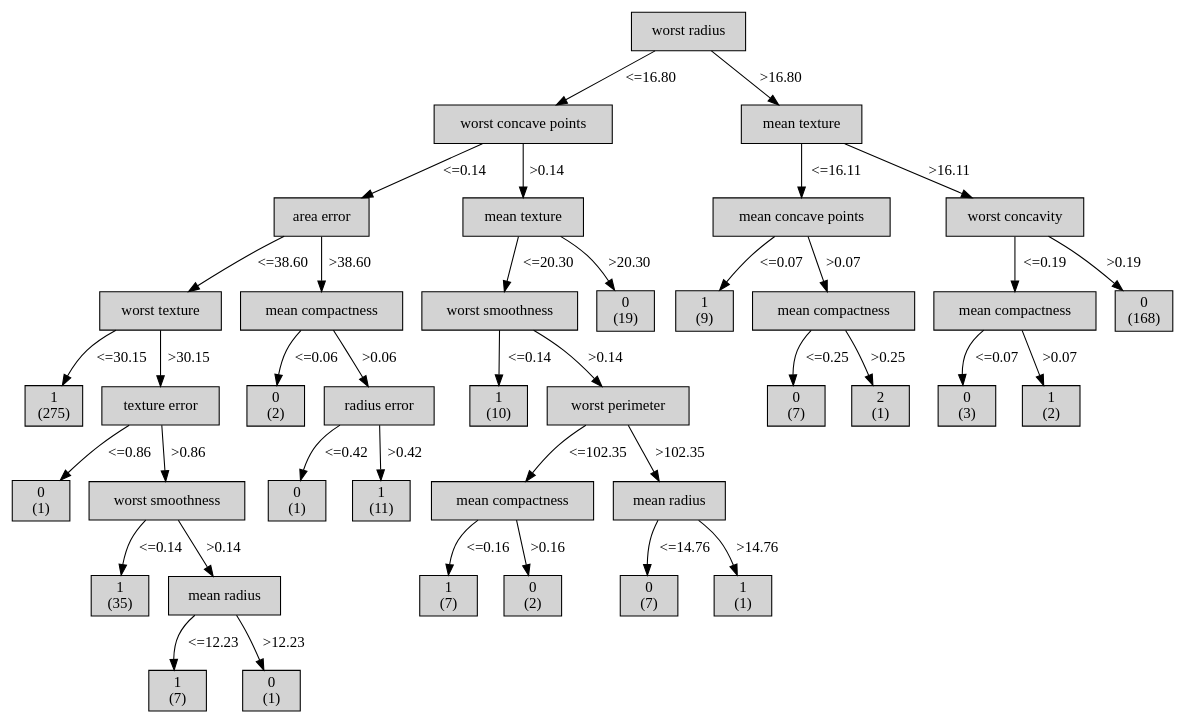
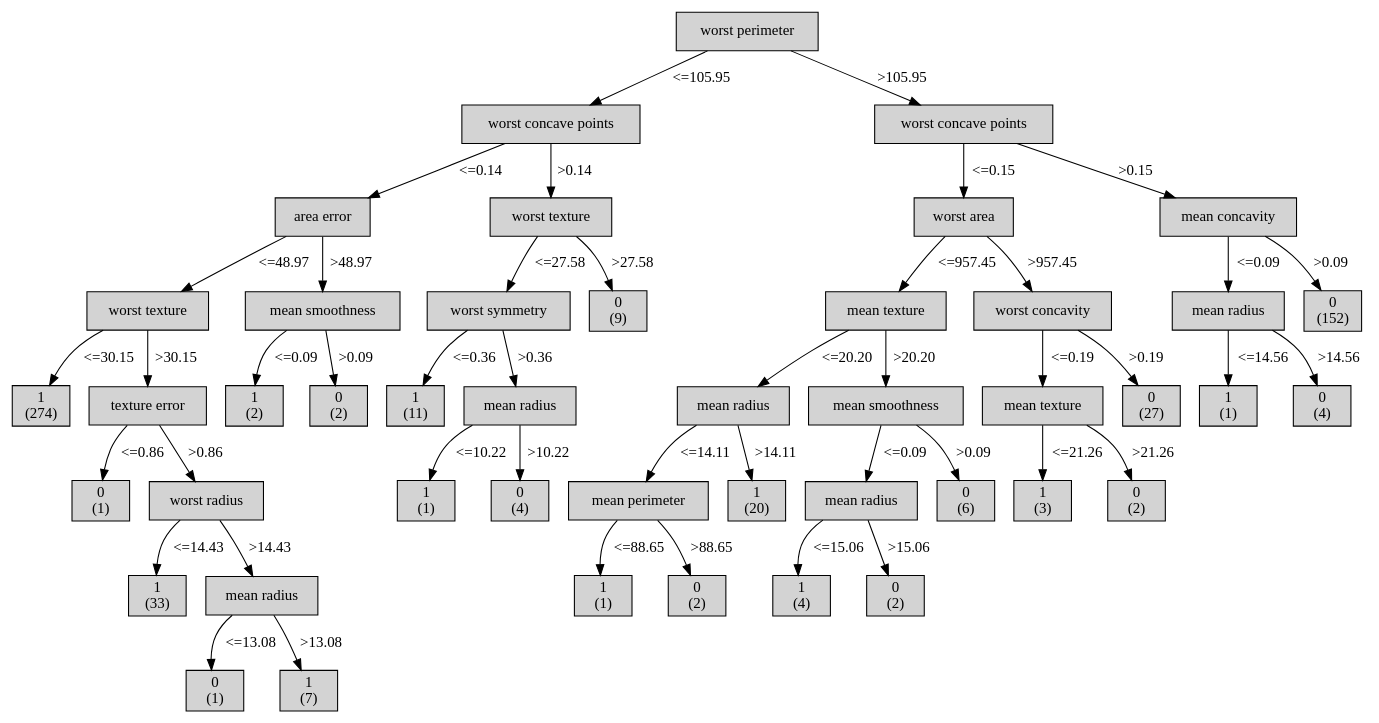
The diagram in tree.dot (CassianoSF/tae_ia2), drawn with Graphviz before and after one commit. The commit also changed 1 other file, not shown here.

```diff
--- a/tree.dot
+++ b/tree.dot
@@ -1,146 +1,167 @@
 digraph ID3_Tree {
-"0" [shape=box, style=filled, label="worst radius
+"0" [shape=box, style=filled, label="worst perimeter
 ", weight=1]
 "1" [shape=box, style=filled, label="worst concave points
 ", weight=2]
-0 -> 1 [ label = "<=16.80"];
+0 -> 1 [ label = "<=105.95"];
 "2" [shape=box, style=filled, label="area error
 ", weight=3]
 1 -> 2 [ label = "<=0.14"];
 "3" [shape=box, style=filled, label="worst texture
 ", weight=4]
-2 -> 3 [ label = "<=38.60"];
+2 -> 3 [ label = "<=48.97"];
 "4" [shape=box, style=filled, label="1
-(275)
+(274)
 ", weight=5]
 3 -> 4 [ label = "<=30.15"];
 "5" [shape=box, style=filled, label="texture error
 ", weight=5]
 3 -> 5 [ label = ">30.15"];
 "6" [shape=box, style=filled, label="0
 (1)
 ", weight=6]
 5 -> 6 [ label = "<=0.86"];
-"7" [shape=box, style=filled, label="worst smoothness
+"7" [shape=box, style=filled, label="worst radius
 ", weight=6]
 5 -> 7 [ label = ">0.86"];
 "8" [shape=box, style=filled, label="1
-(35)
+(33)
 ", weight=7]
-7 -> 8 [ label = "<=0.14"];
+7 -> 8 [ label = "<=14.43"];
 "9" [shape=box, style=filled, label="mean radius
 ", weight=7]
-7 -> 9 [ label = ">0.14"];
-"10" [shape=box, style=filled, label="1
+7 -> 9 [ label = ">14.43"];
+"10" [shape=box, style=filled, label="0
+(1)
+", weight=8]
+9 -> 10 [ label = "<=13.08"];
+"11" [shape=box, style=filled, label="1
 (7)
 ", weight=8]
-9 -> 10 [ label = "<=12.23"];
-"11" [shape=box, style=filled, label="0
-(1)
-", weight=8]
-9 -> 11 [ label = ">12.23"];
-"12" [shape=box, style=filled, label="mean compactness
+9 -> 11 [ label = ">13.08"];
+"12" [shape=box, style=filled, label="mean smoothness
 ", weight=4]
-2 -> 12 [ label = ">38.60"];
-"13" [shape=box, style=filled, label="0
+2 -> 12 [ label = ">48.97"];
+"13" [shape=box, style=filled, label="1
 (2)
 ", weight=5]
-12 -> 13 [ label = "<=0.06"];
-"14" [shape=box, style=filled, label="radius error
+12 -> 13 [ label = "<=0.09"];
+"14" [shape=box, style=filled, label="0
+(2)
 ", weight=5]
-12 -> 14 [ label = ">0.06"];
-"15" [shape=box, style=filled, label="0
+12 -> 14 [ label = ">0.09"];
+"15" [shape=box, style=filled, label="worst texture
+", weight=3]
+1 -> 15 [ label = ">0.14"];
+"16" [shape=box, style=filled, label="worst symmetry
+", weight=4]
+15 -> 16 [ label = "<=27.58"];
+"17" [shape=box, style=filled, label="1
+(11)
+", weight=5]
+16 -> 17 [ label = "<=0.36"];
+"18" [shape=box, style=filled, label="mean radius
+", weight=5]
+16 -> 18 [ label = ">0.36"];
+"19" [shape=box, style=filled, label="1
 (1)
 ", weight=6]
-14 -> 15 [ label = "<=0.42"];
-"16" [shape=box, style=filled, label="1
-(11)
+18 -> 19 [ label = "<=10.22"];
+"20" [shape=box, style=filled, label="0
+(4)
 ", weight=6]
-14 -> 16 [ label = ">0.42"];
-"17" [shape=box, style=filled, label="mean texture
+18 -> 20 [ label = ">10.22"];
+"21" [shape=box, style=filled, label="0
+(9)
+", weight=4]
+15 -> 21 [ label = ">27.58"];
+"22" [shape=box, style=filled, label="worst concave points
+", weight=2]
+0 -> 22 [ label = ">105.95"];
+"23" [shape=box, style=filled, label="worst area
 ", weight=3]
-1 -> 17 [ label = ">0.14"];
-"18" [shape=box, style=filled, label="worst smoothness
+22 -> 23 [ label = "<=0.15"];
+"24" [shape=box, style=filled, label="mean texture
 ", weight=4]
-17 -> 18 [ label = "<=20.30"];
-"19" [shape=box, style=filled, label="1
-(10)
+23 -> 24 [ label = "<=957.45"];
+"25" [shape=box, style=filled, label="mean radius
 ", weight=5]
-18 -> 19 [ label = "<=0.14"];
-"20" [shape=box, style=filled, label="worst perimeter
-", weight=5]
-18 -> 20 [ label = ">0.14"];
-"21" [shape=box, style=filled, label="mean compactness
+24 -> 25 [ label = "<=20.20"];
+"26" [shape=box, style=filled, label="mean perimeter
 ", weight=6]
-20 -> 21 [ label = "<=102.35"];
-"22" [shape=box, style=filled, label="1
-(7)
+25 -> 26 [ label = "<=14.11"];
+"27" [shape=box, style=filled, label="1
+(1)
 ", weight=7]
-21 -> 22 [ label = "<=0.16"];
-"23" [shape=box, style=filled, label="0
+26 -> 27 [ label = "<=88.65"];
+"28" [shape=box, style=filled, label="0
 (2)
 ", weight=7]
-21 -> 23 [ label = ">0.16"];
-"24" [shape=box, style=filled, label="mean radius
+26 -> 28 [ label = ">88.65"];
+"29" [shape=box, style=filled, label="1
+(20)
 ", weight=6]
-20 -> 24 [ label = ">102.35"];
-"25" [shape=box, style=filled, label="0
-(7)
+25 -> 29 [ label = ">14.11"];
+"30" [shape=box, style=filled, label="mean smoothness
+", weight=5]
+24 -> 30 [ label = ">20.20"];
+"31" [shape=box, style=filled, label="mean radius
+", weight=6]
+30 -> 31 [ label = "<=0.09"];
+"32" [shape=box, style=filled, label="1
+(4)
 ", weight=7]
-24 -> 25 [ label = "<=14.76"];
-"26" [shape=box, style=filled, label="1
-(1)
+31 -> 32 [ label = "<=15.06"];
+"33" [shape=box, style=filled, label="0
+(2)
 ", weight=7]
-24 -> 26 [ label = ">14.76"];
-"27" [shape=box, style=filled, label="0
-(19)
+31 -> 33 [ label = ">15.06"];
+"34" [shape=box, style=filled, label="0
+(6)
+", weight=6]
+30 -> 34 [ label = ">0.09"];
+"35" [shape=box, style=filled, label="worst concavity
 ", weight=4]
-17 -> 27 [ label = ">20.30"];
-"28" [shape=box, style=filled, label="mean texture
-", weight=2]
-0 -> 28 [ label = ">16.80"];
-"29" [shape=box, style=filled, label="mean concave points
+23 -> 35 [ label = ">957.45"];
+"36" [shape=box, style=filled, label="mean texture
+", weight=5]
+35 -> 36 [ label = "<=0.19"];
+"37" [shape=box, style=filled, label="1
+(3)
+", weight=6]
+36 -> 37 [ label = "<=21.26"];
+"38" [shape=box, style=filled, label="0
+(2)
+", weight=6]
+36 -> 38 [ label = ">21.26"];
+"39" [shape=box, style=filled, label="0
+(27)
+", weight=5]
+35 -> 39 [ label = ">0.19"];
+"40" [shape=box, style=filled, label="mean concavity
 ", weight=3]
-28 -> 29 [ label = "<=16.11"];
-"30" [shape=box, style=filled, label="1
-(9)
+22 -> 40 [ label = ">0.15"];
+"41" [shape=box, style=filled, label="mean radius
 ", weight=4]
-29 -> 30 [ label = "<=0.07"];
-"31" [shape=box, style=filled, label="mean compactness
-", weight=4]
-29 -> 31 [ label = ">0.07"];
-"32" [shape=box, style=filled, label="0
-(7)
-", weight=5]
-31 -> 32 [ label = "<=0.25"];
-"33" [shape=box, style=filled, label="2
+40 -> 41 [ label = "<=0.09"];
+"42" [shape=box, style=filled, label="1
 (1)
 ", weight=5]
-31 -> 33 [ label = ">0.25"];
-"34" [shape=box, style=filled, label="worst concavity
-", weight=3]
-28 -> 34 [ label = ">16.11"];
-"35" [shape=box, style=filled, label="mean compactness
+41 -> 42 [ label = "<=14.56"];
+"43" [shape=box, style=filled, label="0
+(4)
+", weight=5]
+41 -> 43 [ label = ">14.56"];
+"44" [shape=box, style=filled, label="0
+(152)
 ", weight=4]
-34 -> 35 [ label = "<=0.19"];
-"36" [shape=box, style=filled, label="0
-(3)
-", weight=5]
-35 -> 36 [ label = "<=0.07"];
-"37" [shape=box, style=filled, label="1
-(2)
-", weight=5]
-35 -> 37 [ label = ">0.07"];
-"38" [shape=box, style=filled, label="0
-(168)
-", weight=4]
-34 -> 38 [ label = ">0.19"];
+40 -> 44 [ label = ">0.09"];
 {rank=same; 0;};
-{rank=same; 1;28;};
-{rank=same; 2;17;29;34;};
-{rank=same; 3;12;18;27;30;31;35;38;};
-{rank=same; 4;5;13;14;19;20;32;33;36;37;};
-{rank=same; 6;7;15;16;21;24;};
-{rank=same; 8;9;22;23;25;26;};
+{rank=same; 1;22;};
+{rank=same; 2;15;23;40;};
+{rank=same; 3;12;16;21;24;35;41;44;};
+{rank=same; 4;5;13;14;17;18;25;30;36;39;42;43;};
+{rank=same; 6;7;19;20;26;29;31;34;37;38;};
+{rank=same; 8;9;27;28;32;33;};
 {rank=same; 10;11;};
 }
```
